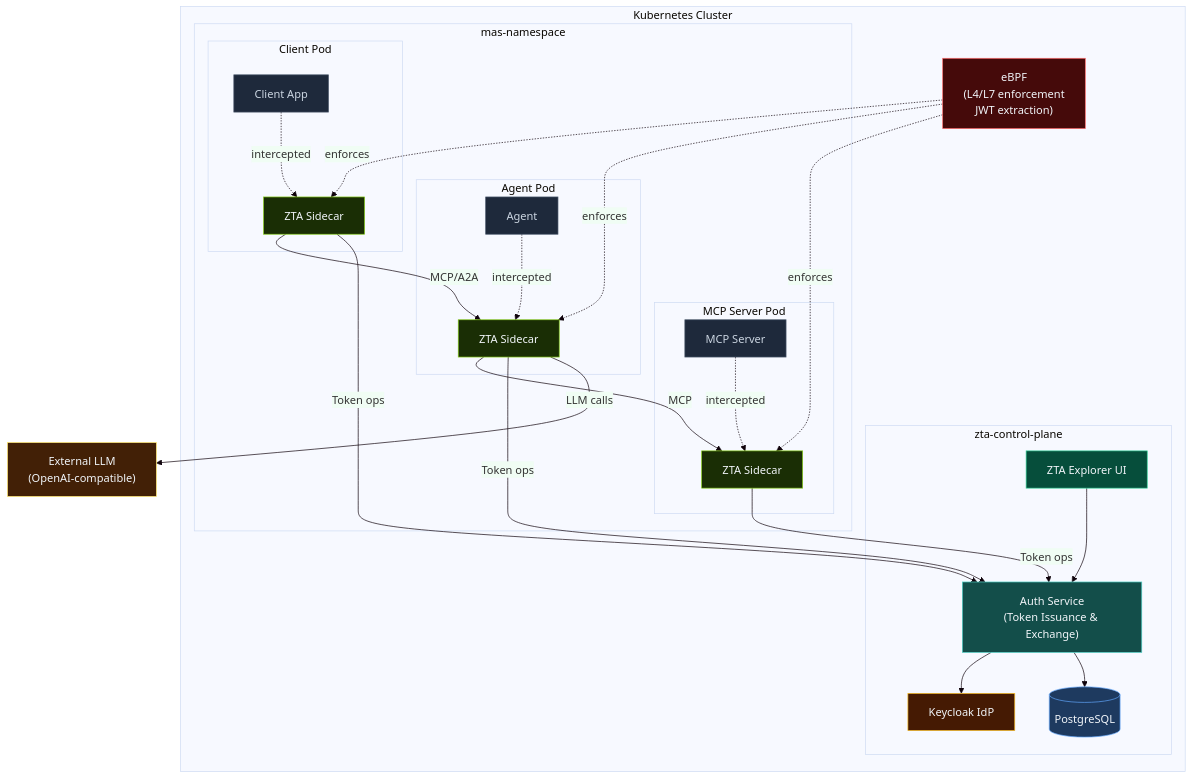
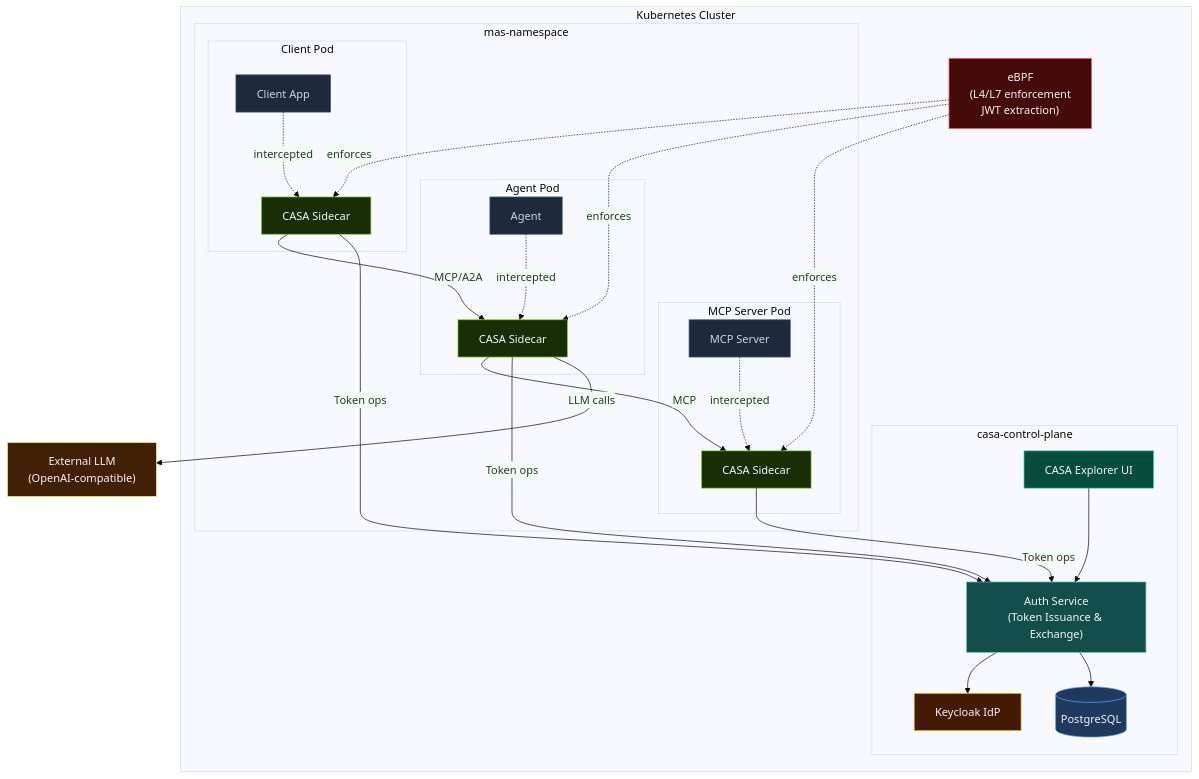
Before and after one commit to outshift-open/CASA: the diagram in README.md, drawn with Mermaid. The commit also changed other lines of this file and 294 other files, not shown here.

Commit message:
feat: Rename from ZTA to CASA

````diff
--- a/README.md
+++ b/README.md
@@ -47,56 +47,56 @@
 ```mermaid
 %%{init: {'theme': 'base', 'themeVariables': {'background': '#f0fdf4', 'edgeLabelBackground': '#f0fdf4'}}}%%
 graph TB
     subgraph "Kubernetes Cluster"
-        subgraph "zta-control-plane"
+        subgraph "casa-control-plane"
             AUTH["Auth Service\n(Token Issuance & Exchange)"]
             KC["Keycloak IdP"]
             PG[("PostgreSQL")]
-            UI["ZTA Explorer UI"]
+            UI["CASA Explorer UI"]
             AUTH --> KC
             AUTH --> PG
             UI --> AUTH
         end
 
         subgraph "mas-namespace"
             subgraph "Client Pod"
                 CL["Client App"]
-                CLS["ZTA Sidecar"]
+                CLS["CASA Sidecar"]
                 CL -.->|intercepted| CLS
             end
             subgraph "Agent Pod"
                 AG["Agent"]
-                AGS["ZTA Sidecar"]
+                AGS["CASA Sidecar"]
                 AG -.->|intercepted| AGS
             end
             subgraph "MCP Server Pod"
                 MCP["MCP Server"]
-                MCPS["ZTA Sidecar"]
+                MCPS["CASA Sidecar"]
                 MCP -.->|intercepted| MCPS
             end
             CLS -->|"MCP/A2A"| AGS
             AGS -->|"MCP"| MCPS
         end
 
         EBPF["eBPF\n(L4/L7 enforcement\nJWT extraction)"]
         EBPF -.->|enforces| CLS
         EBPF -.->|enforces| AGS
         EBPF -.->|enforces| MCPS
     end
 
     CLS & AGS & MCPS -->|"Token ops"| AUTH
     AGS -->|"LLM calls"| LLM["External LLM\n(OpenAI-compatible)"]
 
     style AUTH fill:#134e4a,stroke:#4ecdc4,color:#f1f5f9
     style KC   fill:#451a03,stroke:#fbbf24,color:#f1f5f9
     style PG   fill:#1e3a5f,stroke:#60a5fa,color:#f1f5f9
     style UI   fill:#064e3b,stroke:#34d399,color:#f1f5f9
     style CL   fill:#1e293b,stroke:#475569,color:#cbd5e1
     style CLS  fill:#1a2e05,stroke:#84cc16,color:#f1f5f9
     style AG   fill:#1e293b,stroke:#475569,color:#cbd5e1
     style AGS  fill:#1a2e05,stroke:#84cc16,color:#f1f5f9
     style MCP  fill:#1e293b,stroke:#475569,color:#cbd5e1
     style MCPS fill:#1a2e05,stroke:#84cc16,color:#f1f5f9
     style EBPF fill:#450a0a,stroke:#ff6b6b,color:#f1f5f9
     style LLM  fill:#422006,stroke:#ffe66d,color:#f1f5f9
 ```
````
